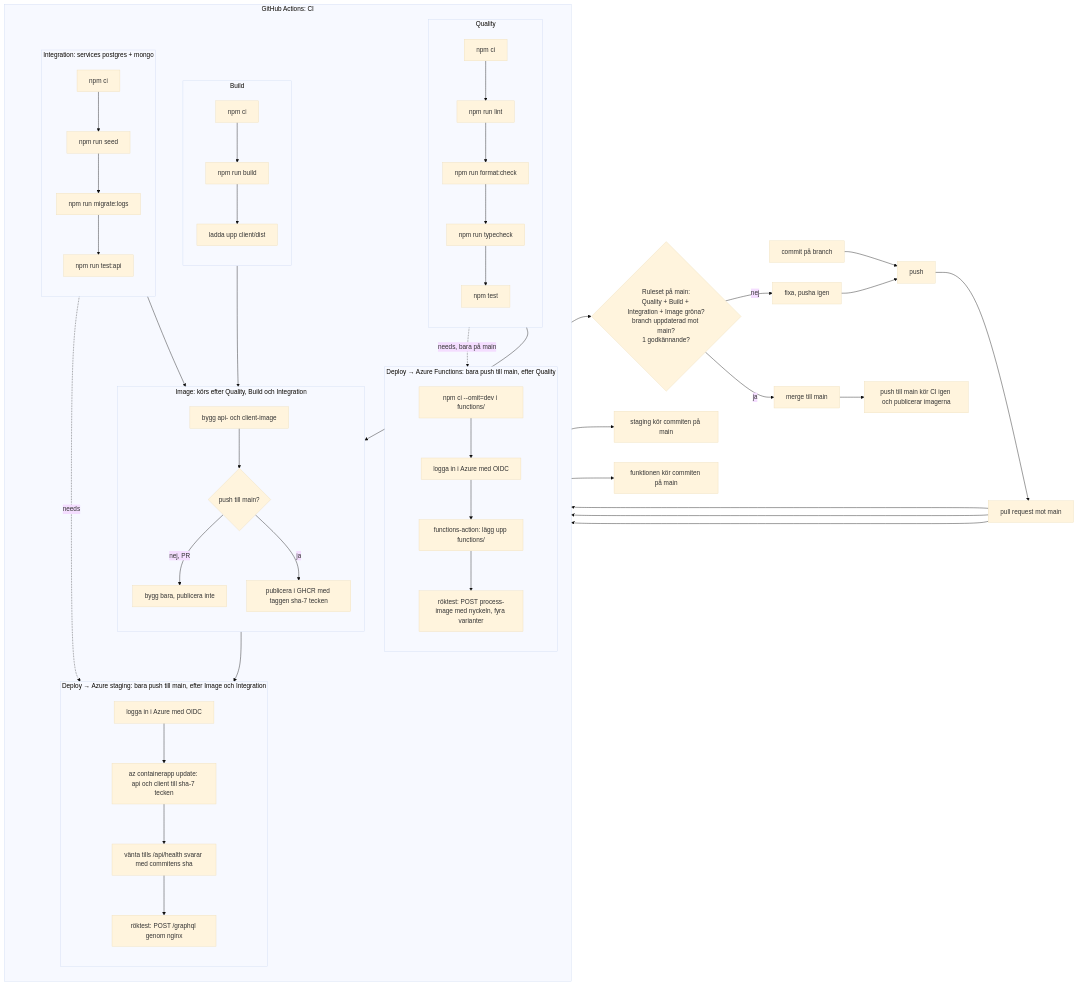
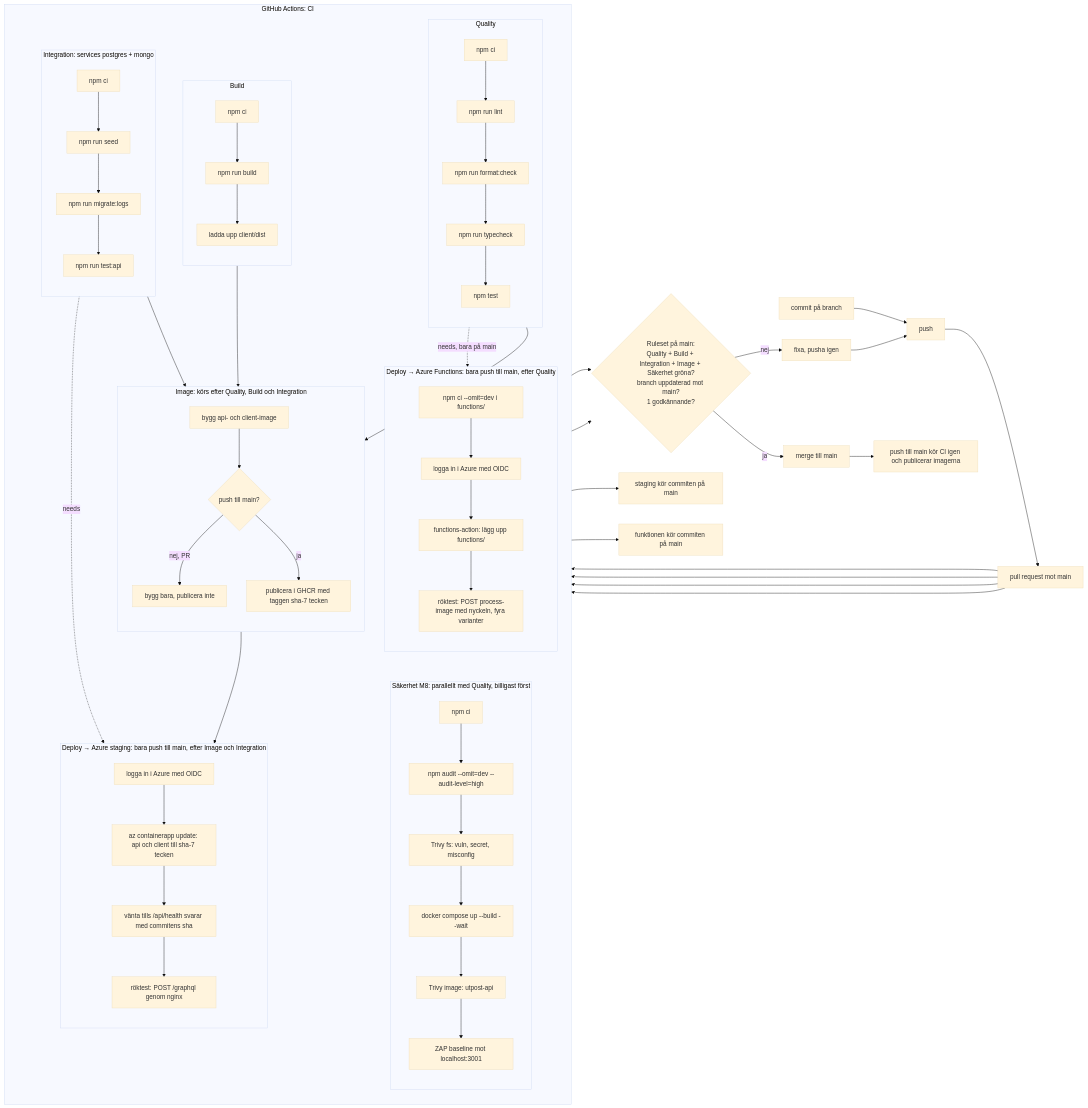
Before and after one commit to utpost-team/utpost: the diagram in docs/pipeline.md, drawn with Mermaid (base theme). The commit also changed other lines of this file, not shown here.

Commit message:
docs: Säkerhet i pipeline.md – flödet, vad jobbet fångar, ruleset, tid, röd PR, staging (M8 steg 5)

````diff
--- a/docs/pipeline.md
+++ b/docs/pipeline.md
@@ -47,55 +55,62 @@
 ```mermaid
 flowchart LR
   B[commit på branch] --> P[push]
   P --> PR[pull request mot main]
 
   subgraph CI [GitHub Actions: CI]
     direction TB
     subgraph Q [Quality]
       direction TB
       Q1[npm ci] --> Q2[npm run lint] --> Q3[npm run format:check] --> Q5[npm run typecheck] --> Q4[npm test]
     end
     subgraph BU [Build]
       direction TB
       B1[npm ci] --> B2[npm run build] --> B3[ladda upp client/dist]
     end
     subgraph IN [Integration: services postgres + mongo]
       direction TB
       N1[npm ci] --> N2[npm run seed] --> N3[npm run migrate:logs] --> N4[npm run test:api]
+    end
+    subgraph SE [Säkerhet M8: parallellt med Quality, billigast först]
+      direction TB
+      S1[npm ci] --> S2[npm audit --omit=dev --audit-level=high] --> S3[Trivy fs: vuln, secret, misconfig]
+      S3 --> S4[docker compose up --build --wait] --> S5[Trivy image: utpost-api] --> S6[ZAP baseline mot localhost:3001]
     end
     subgraph IM [Image: körs efter Quality, Build och Integration]
       direction TB
       I1[bygg api- och client-image] --> I2{push till main?}
       I2 -->|nej, PR| I3[bygg bara, publicera inte]
       I2 -->|ja| I4[publicera i GHCR med taggen sha-7 tecken]
     end
     subgraph DE [Deploy → Azure staging: bara push till main, efter Image och Integration]
       direction TB
       D1[logga in i Azure med OIDC] --> D2[az containerapp update: api och client till sha-7 tecken]
       D2 --> D3[vänta tills /api/health svarar med commitens sha]
       D3 --> D4[röktest: POST /graphql genom nginx]
     end
     subgraph FN [Deploy → Azure Functions: bara push till main, efter Quality]
       direction TB
       F1[npm ci --omit=dev i functions/] --> F2[logga in i Azure med OIDC]
       F2 --> F3[functions-action: lägg upp functions/]
       F3 --> F4[röktest: POST process-image med nyckeln, fyra varianter]
     end
   end
 
   PR --> Q1
   PR --> B1
   PR --> N1
+  PR --> S1
   Q4 --> I1
   B3 --> I1
   N4 --> I1
-  I3 --> S{Ruleset på main:<br/>Quality + Build + Integration + Image gröna?<br/>branch uppdaterad mot main?<br/>1 godkännande?}
+  S6 --> S
+  I3 --> S{Ruleset på main:<br/>Quality + Build + Integration + Image + Säkerhet gröna?<br/>branch uppdaterad mot main?<br/>1 godkännande?}
   S -->|nej| F[fixa, pusha igen] --> P
   S -->|ja| M[merge till main]
   M --> MAIN[push till main kör CI igen och publicerar imagerna]
   I4 --> D1
   N4 -.->|needs| D1
   D4 --> STG[staging kör commiten på main]
   Q4 -.->|needs, bara på main| F1
   F4 --> FNL[funktionen kör commiten på main]
 ```
````
